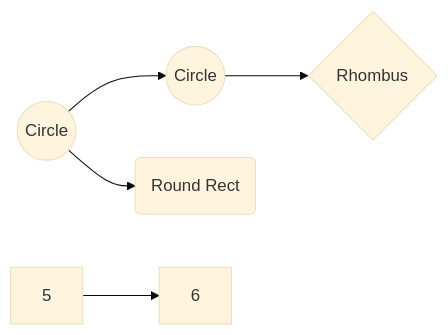
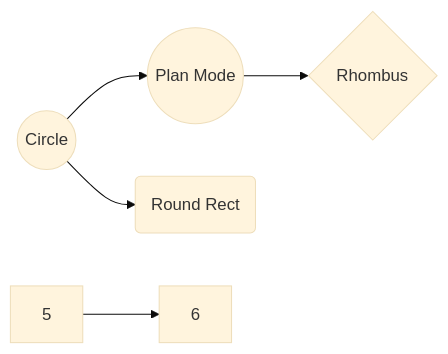
One commit to sramire3000/documentacion changed the diagram in OpenCode/SpecDrivenDevelopment.md. Above: the diagram before and after it, drawn with Mermaid (base theme).

Commit message:
Update flowchart in SpecDrivenDevelopment.md

````diff
--- a/OpenCode/SpecDrivenDevelopment.md
+++ b/OpenCode/SpecDrivenDevelopment.md
@@ -4,7 +4,7 @@
 ```mermaid
 graph LR
-1((Circle)) --> 2((Circle))
+1((Circle)) --> 2((Plan Mode))
 1 --> 3(Round Rect)
 2 --> 4{Rhombus}
 5 --> 6
 ```
````
